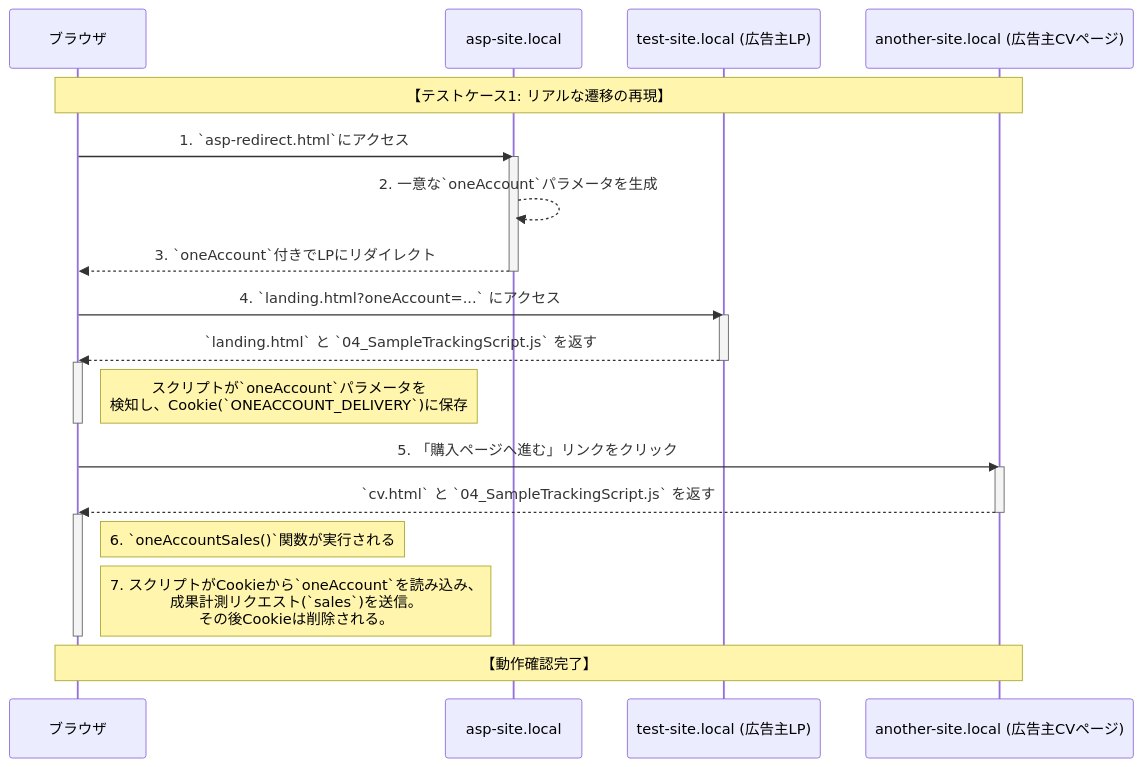
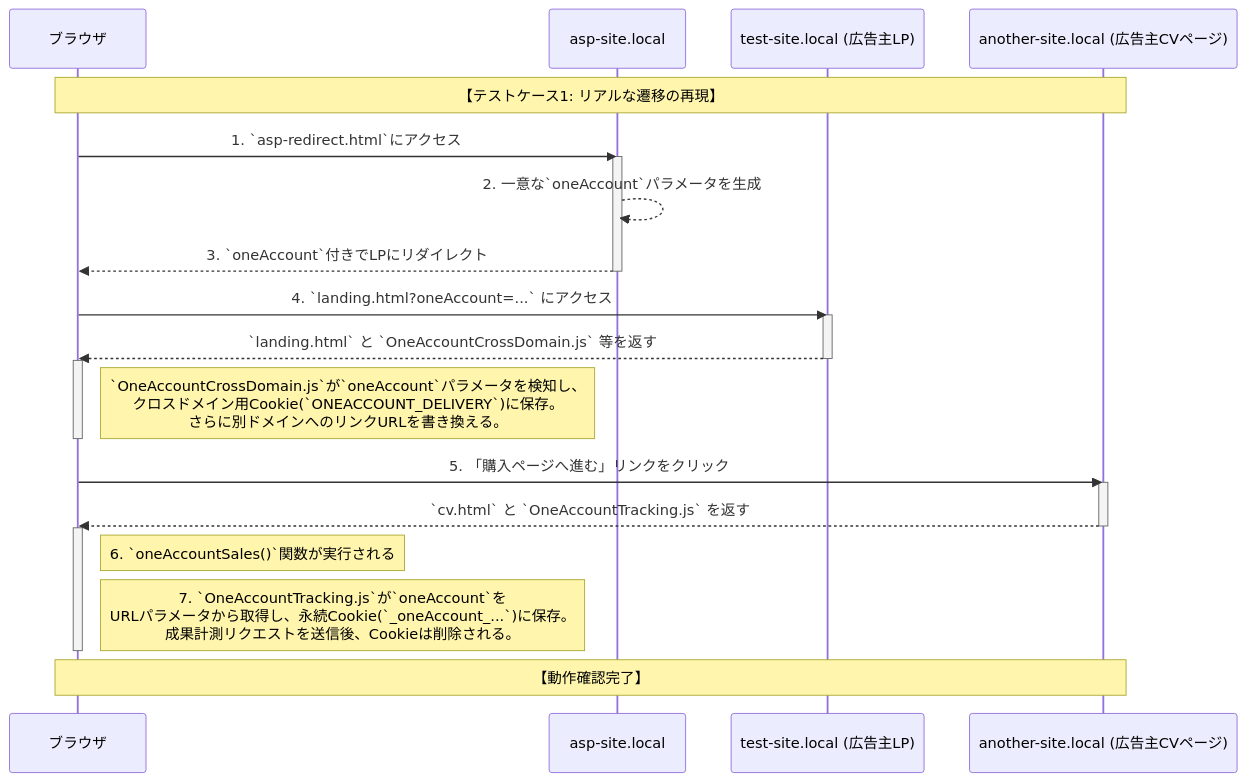
Before and after one commit to Masataka-Nakamura-ggs/tracking-test: the diagram in README.md, drawn with Mermaid. The commit also changed other lines of this file and 1 other file, not shown here.

````diff
--- a/README.md
+++ b/README.md
@@ -231,37 +251,37 @@
 ```mermaid
 sequenceDiagram
     participant Browser as ブラウザ
     participant ASP as asp-site.local
     participant LP as test-site.local (広告主LP)
     participant CV as another-site.local (広告主CVページ)
 
     Note over Browser, CV: 【テストケース1: リアルな遷移の再現】
 
     Browser->>ASP: 1. `asp-redirect.html`にアクセス
     activate ASP
 
     ASP-->>ASP: 2. 一意な`oneAccount`パラメータを生成
     ASP-->>Browser: 3. `oneAccount`付きでLPにリダイレクト
     deactivate ASP
 
     Browser->>LP: 4. `landing.html?oneAccount=...` にアクセス
     activate LP
-    LP-->>Browser: `landing.html` と `04_SampleTrackingScript.js` を返す
+    LP-->>Browser: `landing.html` と `OneAccountCrossDomain.js` 等を返す
     deactivate LP
 
     activate Browser
-    Note right of Browser: スクリプトが`oneAccount`パラメータを<br>検知し、Cookie(`ONEACCOUNT_DELIVERY`)に保存
+    Note right of Browser: `OneAccountCrossDomain.js`が`oneAccount`パラメータを検知し、<br>クロスドメイン用Cookie(`ONEACCOUNT_DELIVERY`)に保存。<br>さらに別ドメインへのリンクURLを書き換える。
     deactivate Browser
 
     Browser->>CV: 5. 「購入ページへ進む」リンクをクリック
     activate CV
-    CV-->>Browser: `cv.html` と `04_SampleTrackingScript.js` を返す
+    CV-->>Browser: `cv.html` と `OneAccountTracking.js` を返す
     deactivate CV
 
     activate Browser
     Note right of Browser: 6. `oneAccountSales()`関数が実行される
-    Note right of Browser: 7. スクリプトがCookieから`oneAccount`を読み込み、<br>成果計測リクエスト(`sales`)を送信。<br>その後Cookieは削除される。
+    Note right of Browser: 7. `OneAccountTracking.js`が`oneAccount`を<br>URLパラメータから取得し、永続Cookie(`_oneAccount_...`)に保存。<br>成果計測リクエストを送信後、Cookieは削除される。
     deactivate Browser
 
     Note over Browser, CV: 【動作確認完了】
 ```
````
